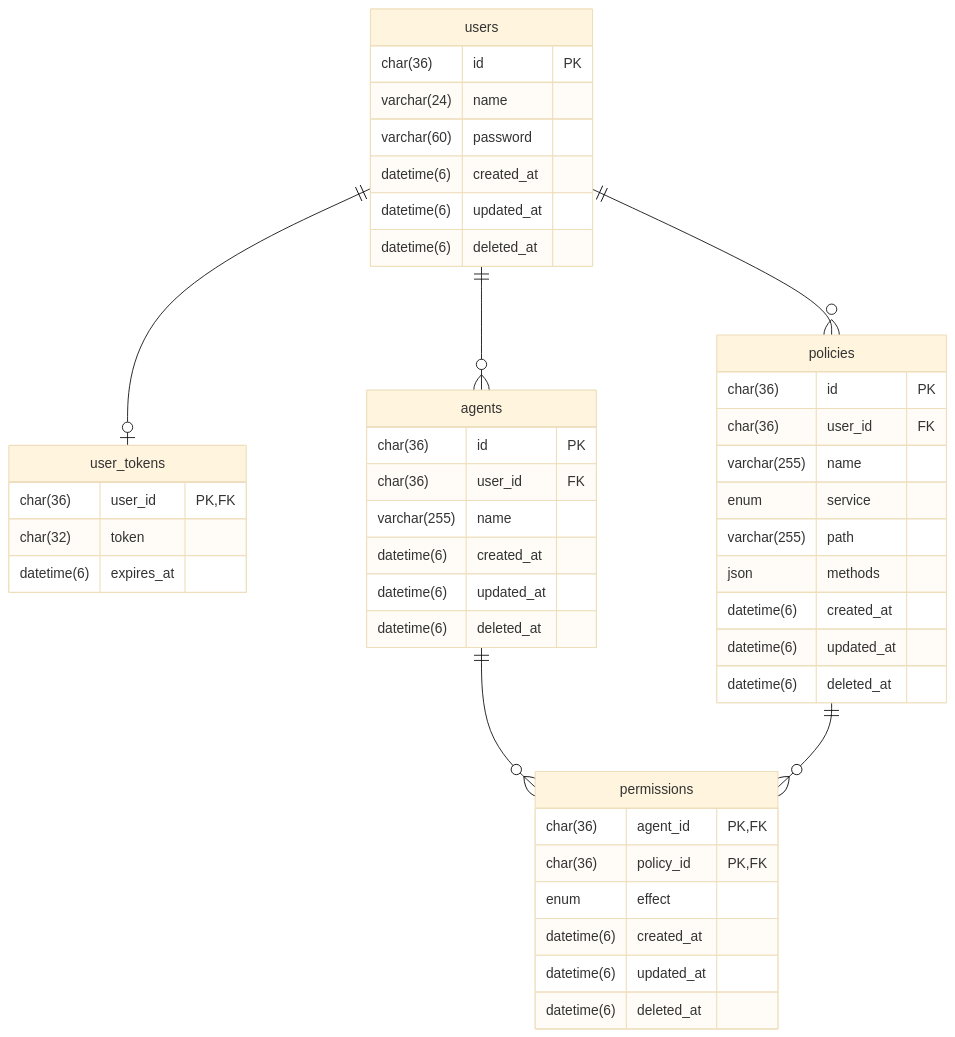
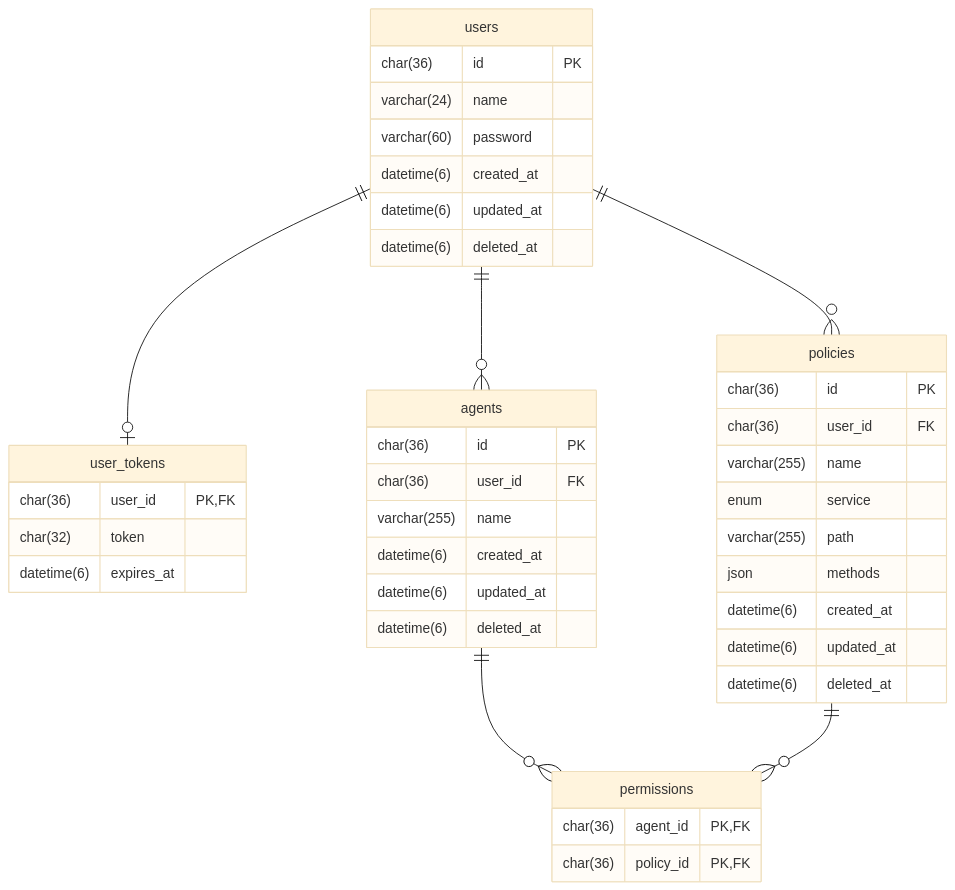
One commit to atsumarukun/holos-auth-api changed the diagram in docs/er-diagram.md. Above: the diagram before and after it, drawn with Mermaid (base theme). The commit also changed other lines of this file and 7 other files, not shown here.

````diff
--- a/docs/er-diagram.md
+++ b/docs/er-diagram.md
@@ -3,56 +3,52 @@
 ```mermaid
 erDiagram
 
 users {
   char(36) id PK
   varchar(24) name
   varchar(60) password
   datetime(6) created_at
   datetime(6) updated_at
   datetime(6) deleted_at
 }
 
 user_tokens {
   char(36) user_id PK, FK
   char(32) token
   datetime(6) expires_at
 }
 
 agents {
   char(36) id PK
   char(36) user_id FK
   varchar(255) name
   datetime(6) created_at
   datetime(6) updated_at
   datetime(6) deleted_at
 }
 
 policies {
   char(36) id PK
   char(36) user_id FK
   varchar(255) name
   enum service
   varchar(255) path
   json methods
   datetime(6) created_at
   datetime(6) updated_at
   datetime(6) deleted_at
 }
 
 permissions {
   char(36) agent_id PK, FK
   char(36) policy_id PK, FK
-  enum effect
-  datetime(6) created_at
-  datetime(6) updated_at
-  datetime(6) deleted_at
 }
 
 users ||--o| user_tokens: ""
 
 users ||--o{ agents: ""
 agents ||--o{ permissions: ""
 
 users ||--o{ policies: ""
 policies ||--o{ permissions: ""
 ```
````
